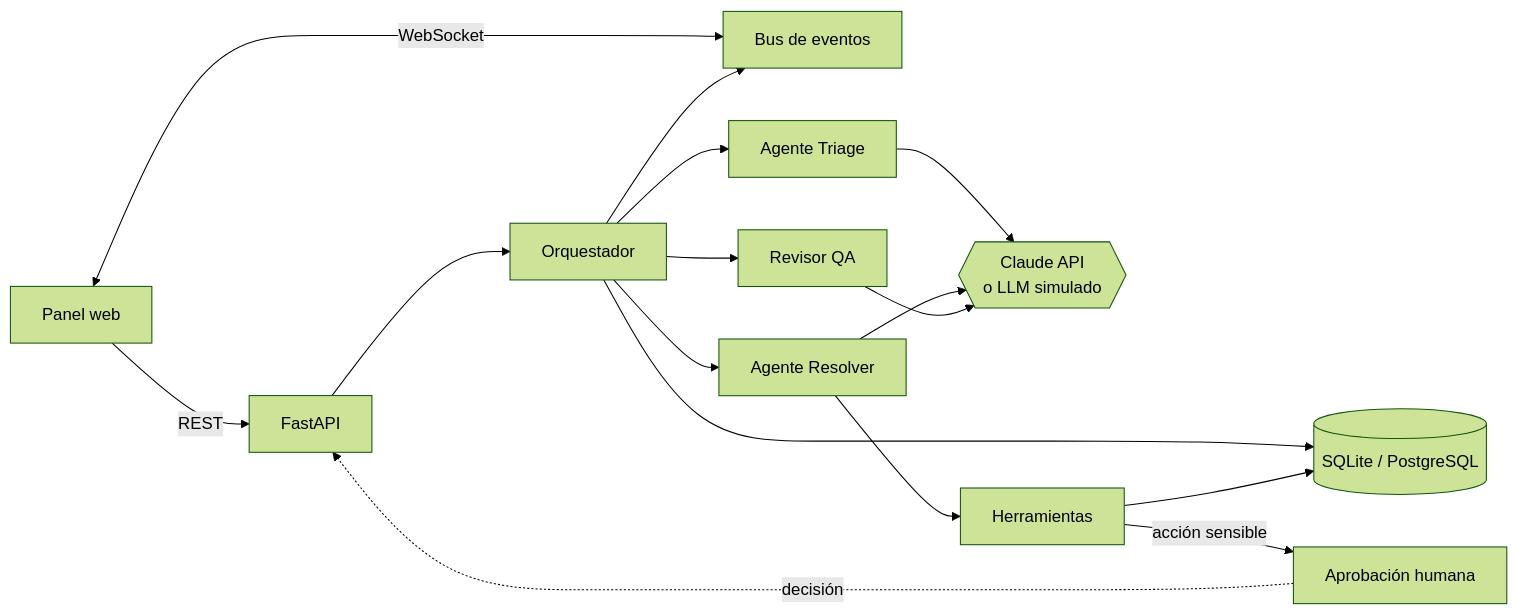
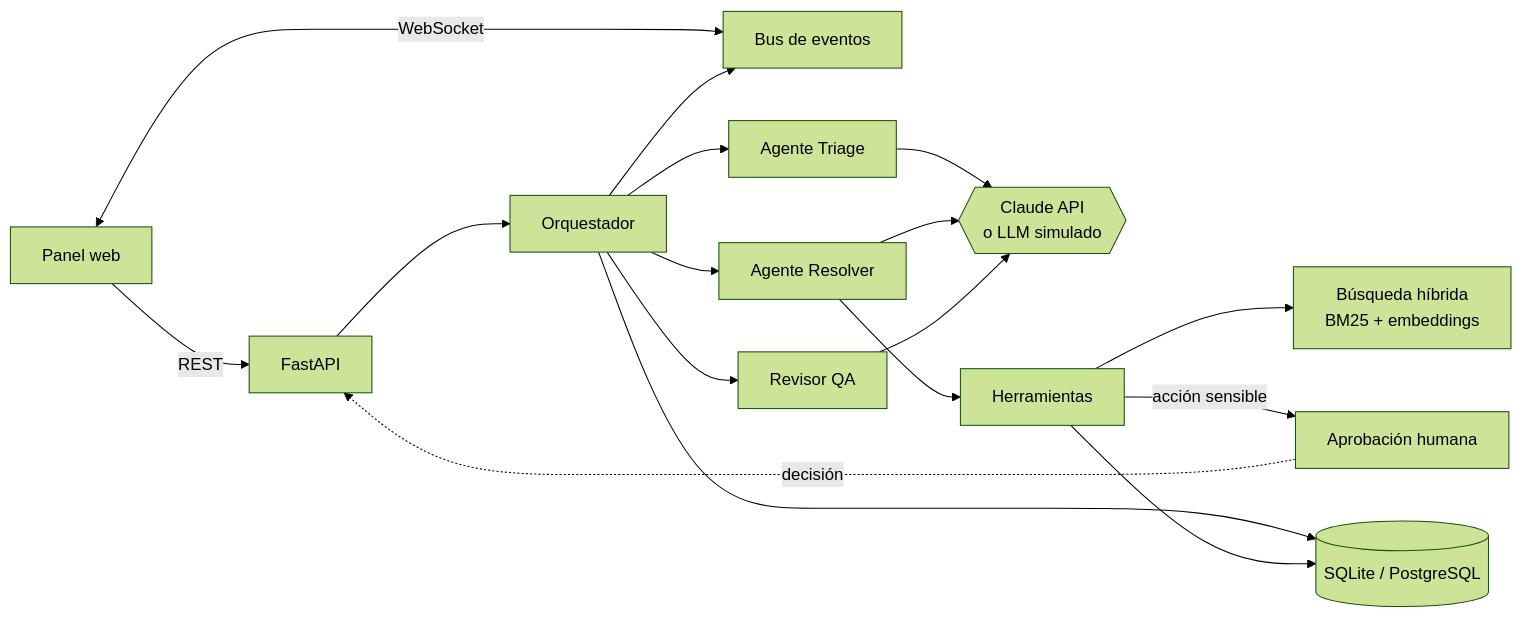
One commit to alexomay/orquesta changed the diagram in README.md. Above: the diagram before and after it, drawn with Mermaid (forest theme). The commit also changed other lines of this file and 17 other files, not shown here.

First line of the commit message:
Busqueda hibrida (RAG) con BM25, embeddings opcionales y evaluacion

````diff
--- a/README.md
+++ b/README.md
@@ -36,16 +39,17 @@
 ```mermaid
 flowchart LR
     UI[Panel web] -- REST --> API[FastAPI]
     UI <-- WebSocket --> BUS[Bus de eventos]
     API --> ORQ[Orquestador]
     ORQ --> T[Agente Triage]
     ORQ --> R[Agente Resolver]
     ORQ --> Q[Revisor QA]
     T & R & Q --> LLM{{Claude API<br/>o LLM simulado}}
     R --> TOOLS[Herramientas]
+    TOOLS --> RAG[Búsqueda híbrida<br/>BM25 + embeddings]
     TOOLS -->|acción sensible| APR[Aprobación humana]
     APR -. decisión .-> API
     ORQ --> BUS
     ORQ --> DB[(SQLite / PostgreSQL)]
     TOOLS --> DB
 ```
````
